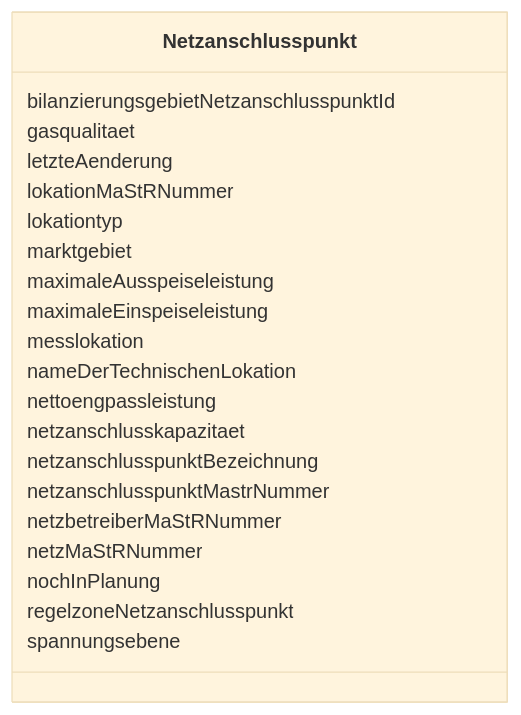
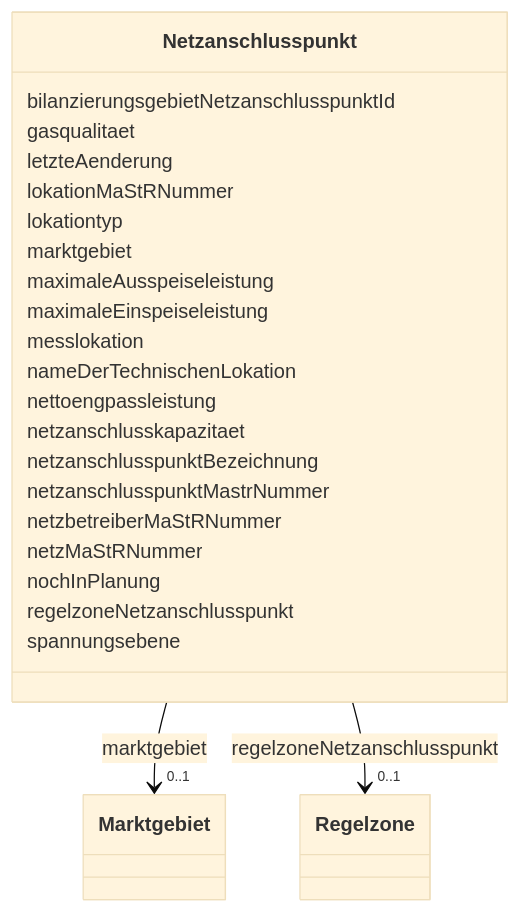
One commit to FlorianK13/mastr-model changed the diagram in docs/schema/classes/Netzanschlusspunkt.md. Above: the diagram before and after it, drawn with Mermaid (base theme). The commit also changed other lines of this file and 86 other files, not shown here.

````diff
--- a/docs/schema/classes/Netzanschlusspunkt.md
+++ b/docs/schema/classes/Netzanschlusspunkt.md
@@ -18,44 +18,62 @@
 ```mermaid
  classDiagram
     class Netzanschlusspunkt
     click Netzanschlusspunkt href "../../classes/Netzanschlusspunkt/"
       Netzanschlusspunkt : bilanzierungsgebietNetzanschlusspunktId
         
       Netzanschlusspunkt : gasqualitaet
         
       Netzanschlusspunkt : letzteAenderung
         
       Netzanschlusspunkt : lokationMaStRNummer
         
       Netzanschlusspunkt : lokationtyp
         
       Netzanschlusspunkt : marktgebiet
+        
+          
+    
+        
+        
+        Netzanschlusspunkt --> "0..1" Marktgebiet : marktgebiet
+        click Marktgebiet href "../../enums/Marktgebiet/"
+    
+
         
       Netzanschlusspunkt : maximaleAusspeiseleistung
         
       Netzanschlusspunkt : maximaleEinspeiseleistung
         
       Netzanschlusspunkt : messlokation
         
       Netzanschlusspunkt : nameDerTechnischenLokation
         
       Netzanschlusspunkt : nettoengpassleistung
         
       Netzanschlusspunkt : netzanschlusskapazitaet
         
       Netzanschlusspunkt : netzanschlusspunktBezeichnung
         
       Netzanschlusspunkt : netzanschlusspunktMastrNummer
         
       Netzanschlusspunkt : netzbetreiberMaStRNummer
         
       Netzanschlusspunkt : netzMaStRNummer
         
       Netzanschlusspunkt : nochInPlanung
         
       Netzanschlusspunkt : regelzoneNetzanschlusspunkt
         
+          
+    
+        
+        
+        Netzanschlusspunkt --> "0..1" Regelzone : regelzoneNetzanschlusspunkt
+        click Regelzone href "../../enums/Regelzone/"
+    
+
+        
       Netzanschlusspunkt : spannungsebene
         
       
 ```
````
